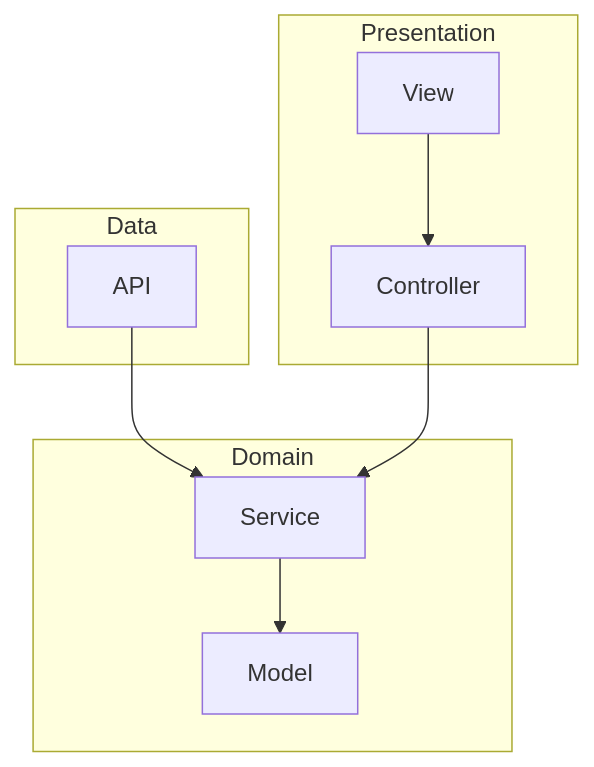
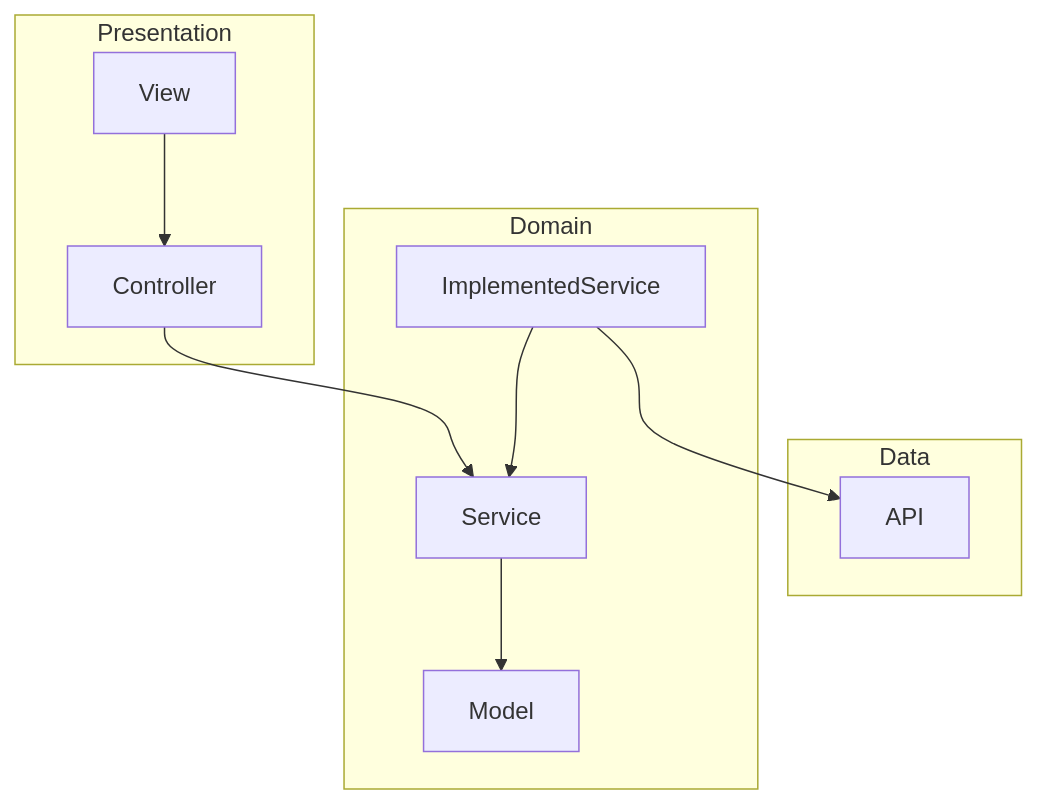
The diagram in ARCHITECTURE.md (fa0311/flutter-training), drawn with Mermaid before and after one commit. The commit also changed other lines of this file, not shown here.

Commit message:
docs: ARCHITECTURE.md を変更する

````diff
--- a/ARCHITECTURE.md
+++ b/ARCHITECTURE.md
@@ -7,18 +7,19 @@
 ```mermaid
 flowchart TB
 
   subgraph Data
     API
   end
 
   subgraph Domain
-    API --> Service
+    ImplementedService --> API
+    ImplementedService --> Service
     Service --> Model
   end
 
   subgraph Presentation
     Controller --> Service
     View --> Controller
   end
 
 ```
````
